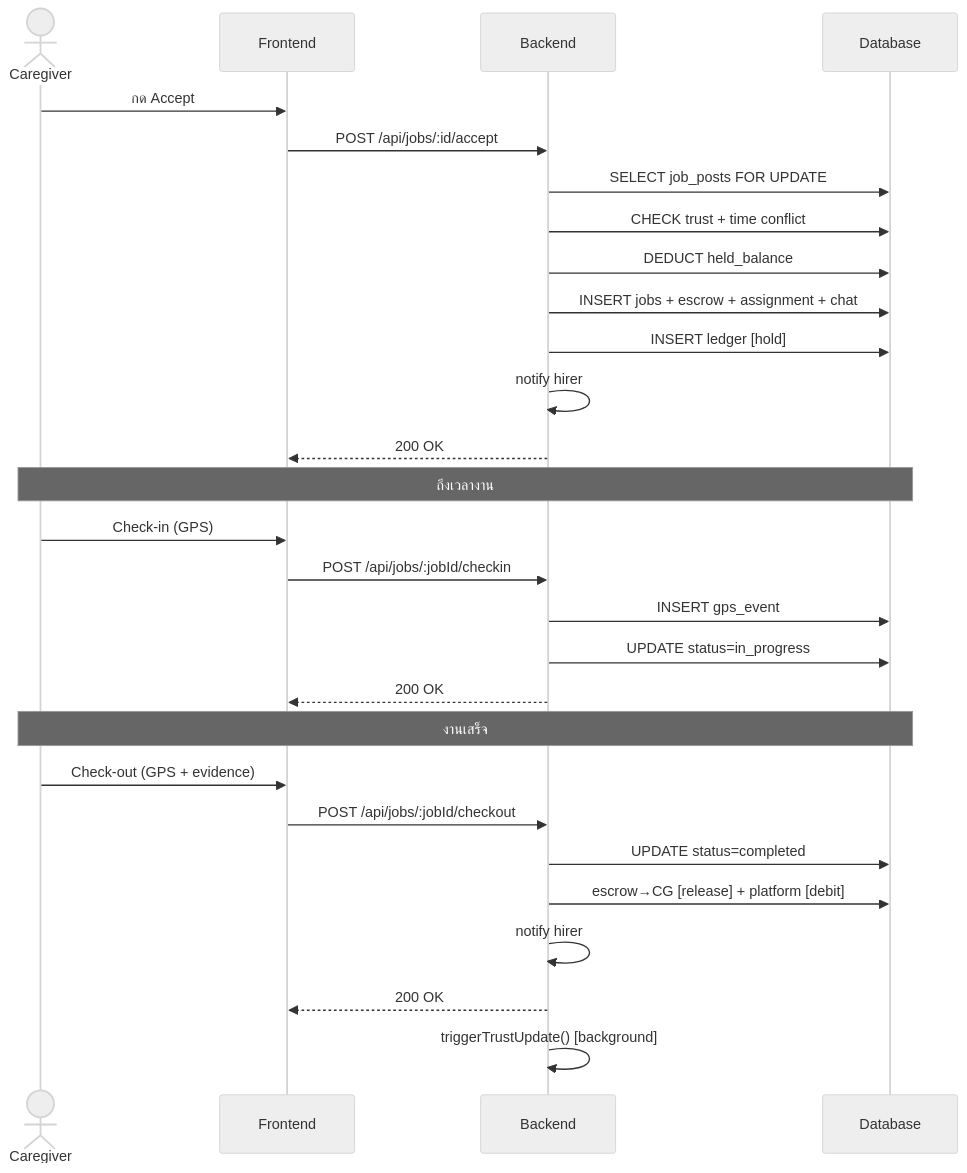
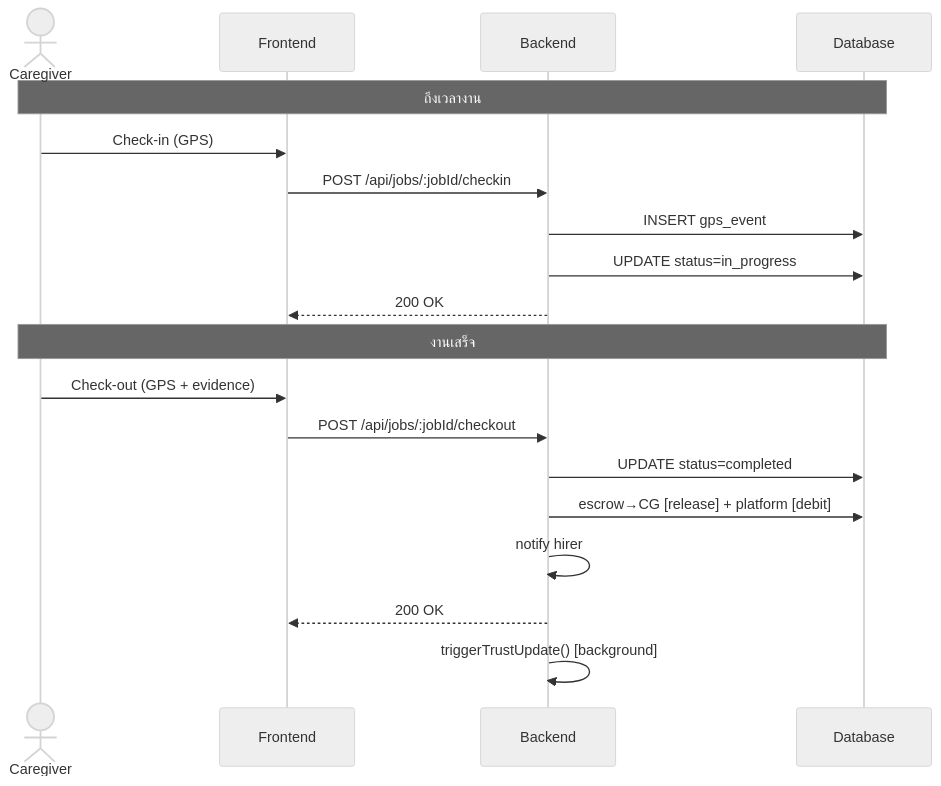
Before and after one commit to SakdaRt/Careconnect: the fifth of 8 diagrams in THESIS_CONTENT_CH3_PART3.md, drawn with Mermaid (neutral theme). The commit also changed other lines of this file, not shown here.

Commit message:
docs(thesis): แยก sequence diagram (Accept vs Check-in/out) ให้พอดี A4

````diff
--- a/THESIS_CONTENT_CH3_PART3.md
+++ b/THESIS_CONTENT_CH3_PART3.md
@@ -148,30 +167,21 @@
 ```mermaid
 sequenceDiagram
     actor CG as Caregiver
     participant FE as Frontend
     participant BE as Backend
     participant DB as Database
-    CG->>FE: กด Accept
-    FE->>BE: POST /api/jobs/:id/accept
-    BE->>DB: SELECT job_posts FOR UPDATE
-    BE->>DB: CHECK trust + time conflict
-    BE->>DB: DEDUCT held_balance
-    BE->>DB: INSERT jobs + escrow + assignment + chat
-    BE->>DB: INSERT ledger [hold]
-    BE->>BE: notify hirer
-    BE-->>FE: 200 OK
     Note over CG,DB: ถึงเวลางาน
     CG->>FE: Check-in (GPS)
     FE->>BE: POST /api/jobs/:jobId/checkin
     BE->>DB: INSERT gps_event
     BE->>DB: UPDATE status=in_progress
     BE-->>FE: 200 OK
     Note over CG,DB: งานเสร็จ
     CG->>FE: Check-out (GPS + evidence)
     FE->>BE: POST /api/jobs/:jobId/checkout
     BE->>DB: UPDATE status=completed
     BE->>DB: escrow→CG [release] + platform [debit]
     BE->>BE: notify hirer
     BE-->>FE: 200 OK
     BE->>BE: triggerTrustUpdate() [background]
 ```
````
